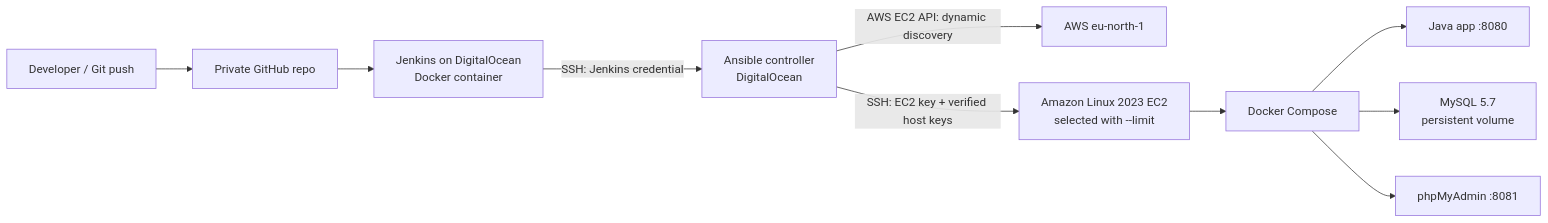
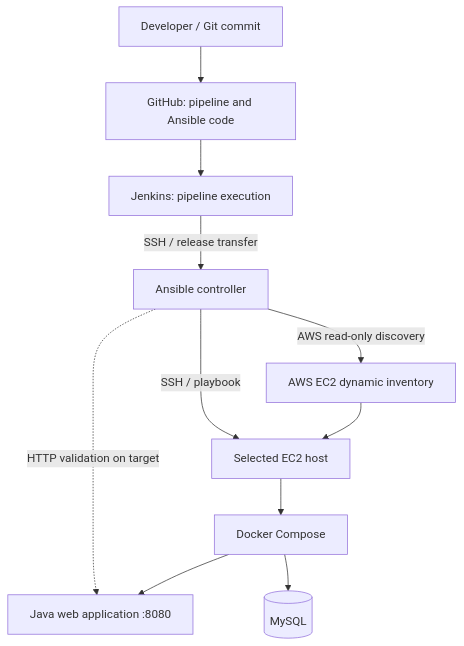
Before and after one commit to asambataiden/twn-capstone-05-ansible-jenkins: the diagram in docs/architecture.md, drawn with Mermaid. The commit also changed other lines of this file, not shown here.

Commit message:
docs(cap05): simplify implementation architecture

````diff
--- a/docs/architecture.md
+++ b/docs/architecture.md
@@ -9,12 +9,13 @@
 ```mermaid
-flowchart LR
-    Dev["Developer / Git push"] --> GH["Private GitHub repo"]
-    GH --> J["Jenkins on DigitalOcean\nDocker container"]
-    J -->|"SSH: Jenkins credential"| A["Ansible controller\nDigitalOcean"]
-    A -->|"AWS EC2 API: dynamic discovery"| AWS["AWS eu-north-1"]
-    A -->|"SSH: EC2 key + verified host keys"| EC2["Amazon Linux 2023 EC2\nselected with --limit"]
-    EC2 --> C["Docker Compose"]
-    C --> JAVA["Java app :8080"]
-    C --> MYSQL["MySQL 5.7\npersistent volume"]
-    C --> PMA["phpMyAdmin :8081"]
+flowchart TB
+    Developer[Developer / Git commit] --> GitHub[GitHub: pipeline and Ansible code]
+    GitHub --> Jenkins[Jenkins: pipeline execution]
+    Jenkins -->|SSH / release transfer| Control[Ansible controller]
+    Control -->|AWS read-only discovery| Inventory[AWS EC2 dynamic inventory]
+    Inventory --> Target[Selected EC2 host]
+    Control -->|SSH / playbook| Target
+    Target --> Compose[Docker Compose]
+    Compose --> Java[Java web application :8080]
+    Compose --> Mysql[(MySQL)]
+    Control -.->|HTTP validation on target| Java
 ```
````
